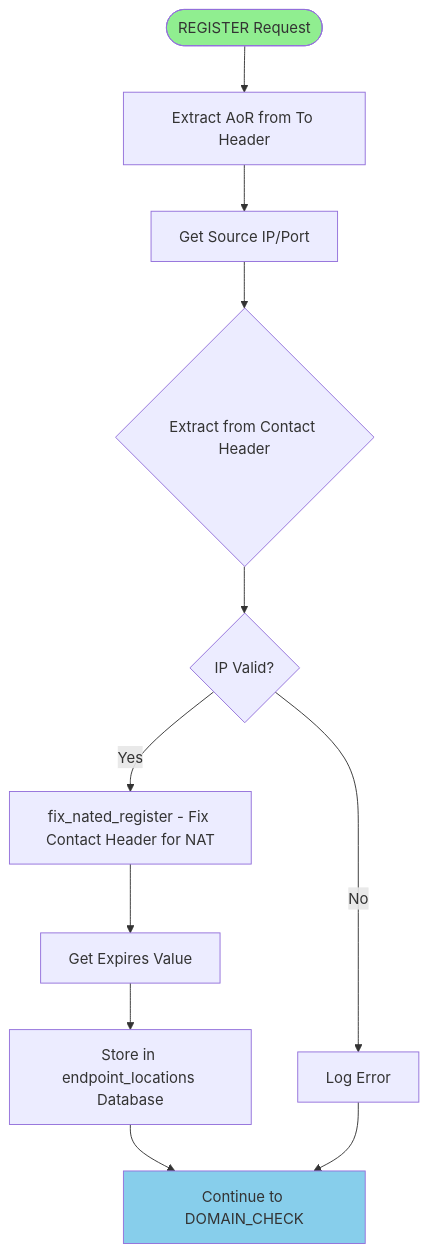
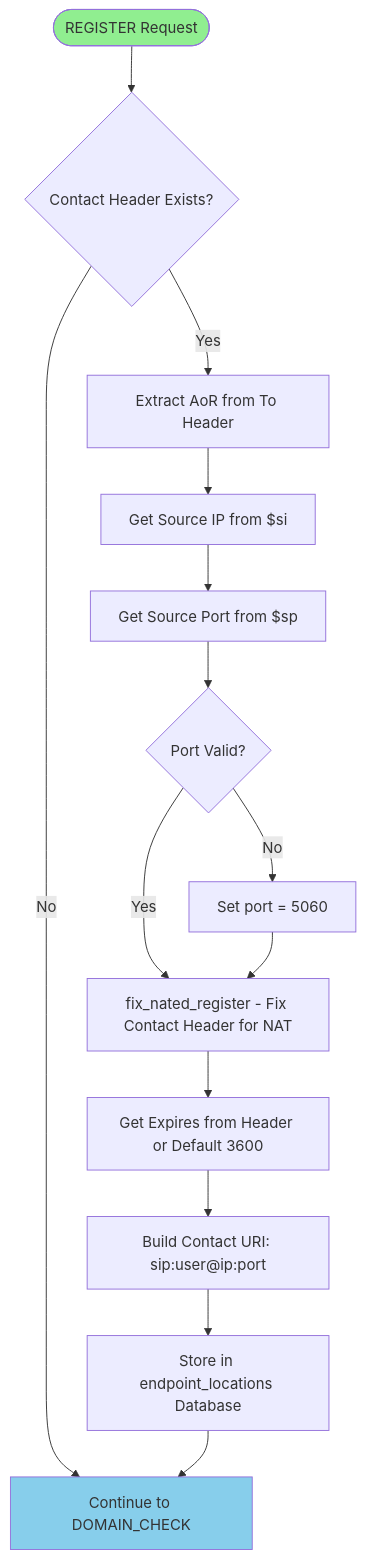
One commit to aelintra/pbx3sbc changed diagram 11 of 13 in docs/OPENSIPS-LOGIC-DIAGRAM.md. Above: the diagram before and after it, drawn with Mermaid. The commit also changed other lines of this file, not shown here.

First line of the commit message:
Update OpenSIPS logic diagram to reflect ACK relay fix and optimizations

````diff
--- a/docs/OPENSIPS-LOGIC-DIAGRAM.md
+++ b/docs/OPENSIPS-LOGIC-DIAGRAM.md
@@ -331,16 +362,19 @@
 ```mermaid
 flowchart TD
-    Start([REGISTER Request]) --> ExtractAoR[Extract AoR from To Header]
-    ExtractAoR --> GetSourceIP[Get Source IP/Port]
-    GetSourceIP --> ExtractContact{Extract from Contact Header}
-    ExtractContact --> ValidateIP{IP Valid?}
-    ValidateIP -->|No| LogError[Log Error]
-    ValidateIP -->|Yes| FixNATRegister[fix_nated_register - Fix Contact Header for NAT]
-    FixNATRegister --> GetExpires[Get Expires Value]
-    GetExpires --> StoreDB[Store in endpoint_locations Database]
+    Start([REGISTER Request]) --> CheckContact{Contact Header Exists?}
+    CheckContact -->|No| RouteDomainCheck[Continue to DOMAIN_CHECK]
+    CheckContact -->|Yes| ExtractAoR[Extract AoR from To Header]
+    ExtractAoR --> GetSourceIP[Get Source IP from $si]
+    GetSourceIP --> GetSourcePort[Get Source Port from $sp]
+    GetSourcePort --> ValidatePort{Port Valid?}
+    ValidatePort -->|No| SetDefaultPort[Set port = 5060]
+    ValidatePort -->|Yes| FixNATRegister[fix_nated_register - Fix Contact Header for NAT]
+    SetDefaultPort --> FixNATRegister
+    FixNATRegister --> GetExpires[Get Expires from Header or Default 3600]
+    GetExpires --> BuildContactURI[Build Contact URI: sip:user@ip:port]
+    BuildContactURI --> StoreDB[Store in endpoint_locations Database]
     StoreDB --> RouteDomainCheck[Continue to DOMAIN_CHECK]
-    LogError --> RouteDomainCheck
     
     style Start fill:#90EE90
     style RouteDomainCheck fill:#87CEEB
 ```
````
